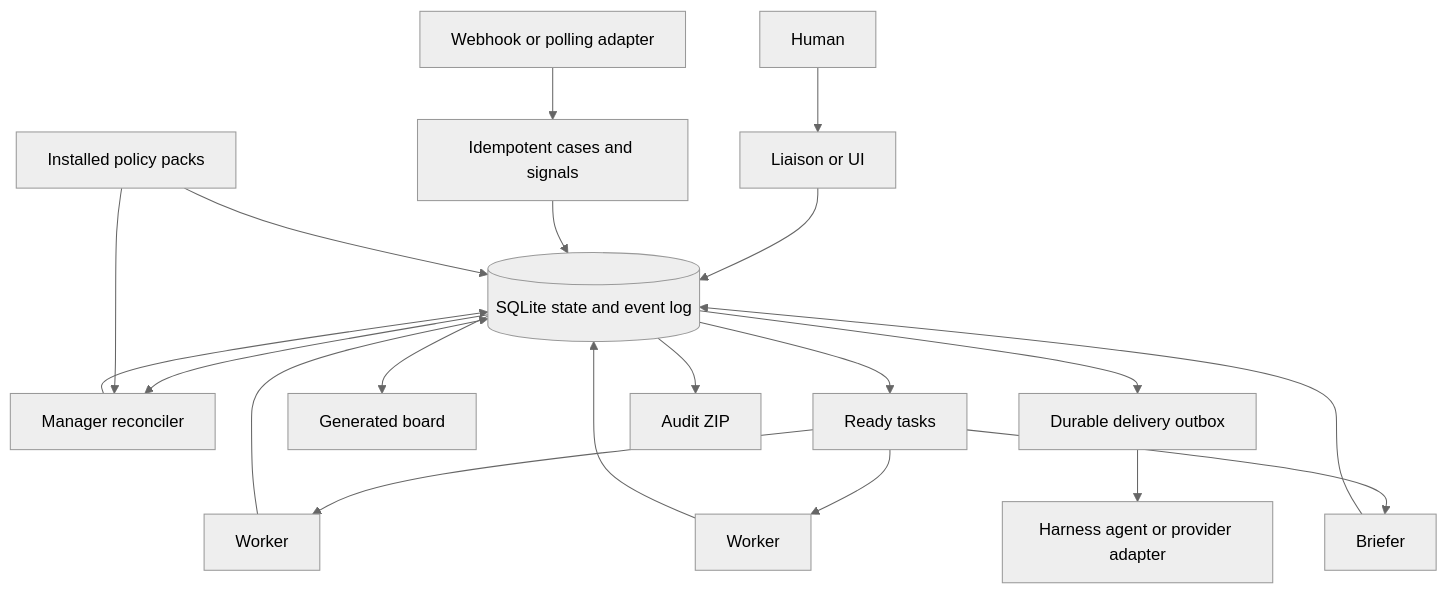
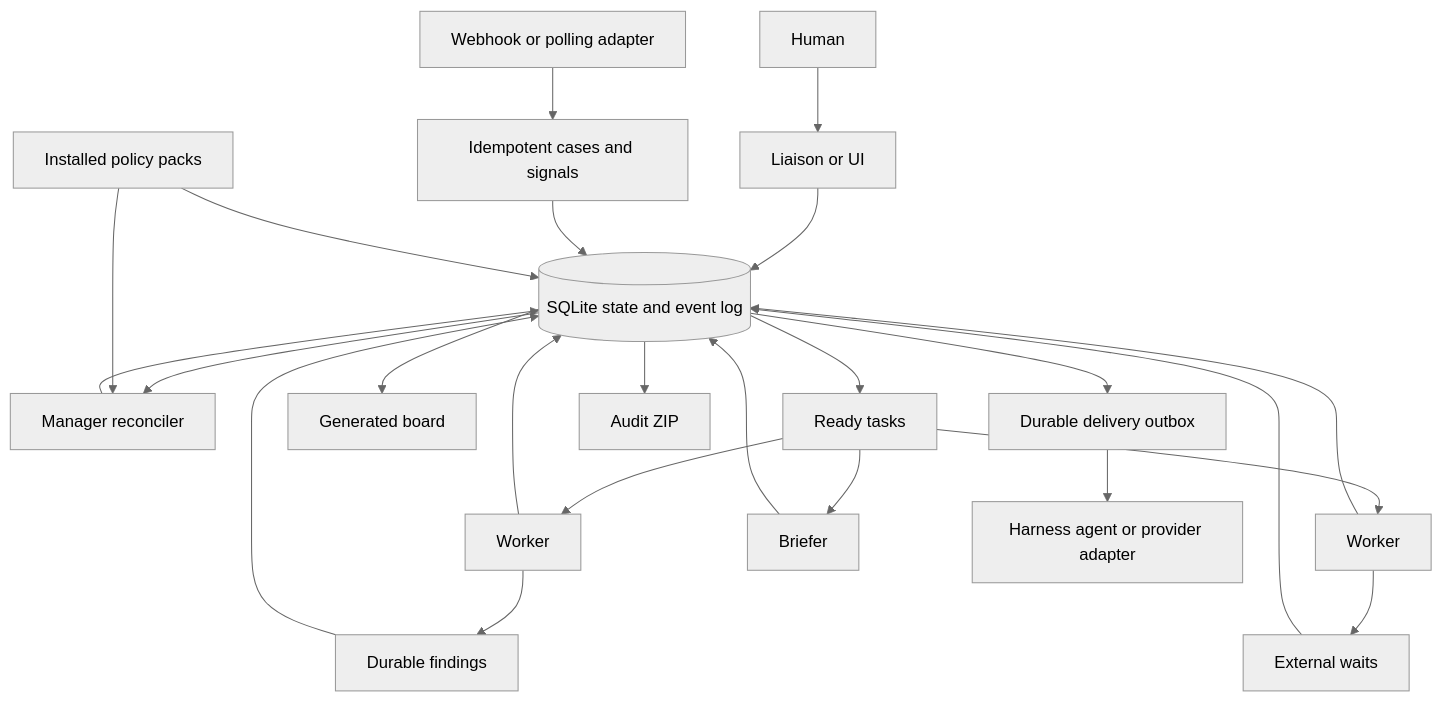
Before and after one commit to okhwaja/swarmkit: the diagram in README.md, drawn with Mermaid (neutral theme). The commit also changed other lines of this file and 26 other files, not shown here.

````diff
--- a/README.md
+++ b/README.md
@@ -25,22 +27,26 @@
 ```mermaid
 flowchart TD
     H[Human] --> L[Liaison or UI]
     L --> DB[(SQLite state and event log)]
     I[Webhook or polling adapter] --> C[Idempotent cases and signals]
     C --> DB
     DB --> M[Manager reconciler]
     M --> DB
     P[Installed policy packs] --> M
     P --> DB
     DB --> Q[Ready tasks]
     Q --> W1[Worker]
     Q --> W2[Worker]
     Q --> B[Briefer]
     W1 --> DB
     W2 --> DB
+    W1 --> F[Durable findings]
+    W2 --> EW[External waits]
+    F --> DB
+    EW --> DB
     B --> DB
     DB --> V[Generated board]
     DB --> O[Durable delivery outbox]
     O --> E[Harness agent or provider adapter]
     DB --> X[Audit ZIP]
 ```
````
